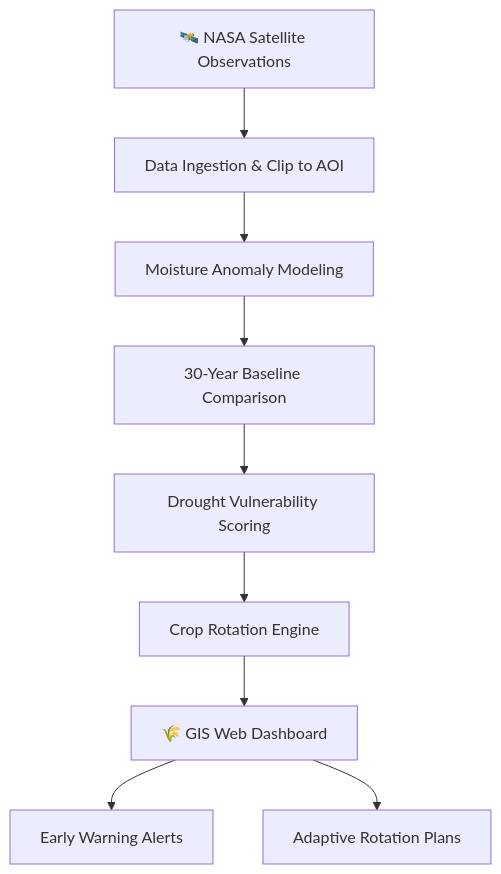
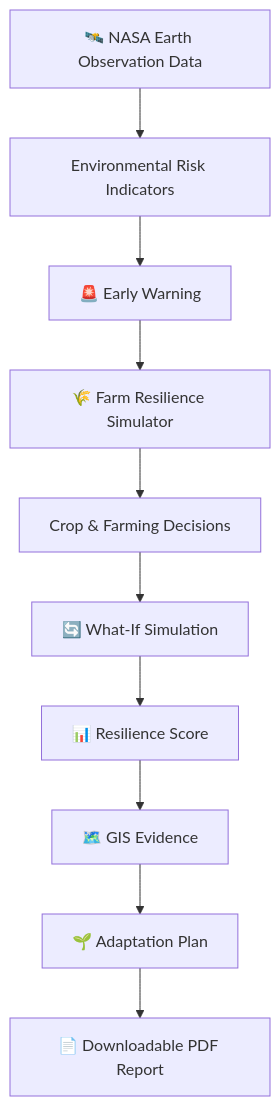
The diagram in README.md (hawarihCSE/VaporPath-Agri-Planner), drawn with Mermaid before and after one commit. The commit also changed other lines of this file, not shown here.

````diff
--- a/README.md
+++ b/README.md
@@ -65,11 +150,12 @@
-```mermaid
+``` mermaid
 graph TD
-    A[🛰️ NASA Satellite Observations] --> B[Data Ingestion & Clip to AOI]
-    B --> C[Moisture Anomaly Modeling]
-    C --> D[30-Year Baseline Comparison]
-    D --> E[Drought Vulnerability Scoring]
-    E --> F[Crop Rotation Engine]
-    F --> G[🌾 GIS Web Dashboard]
-    G --> H[Early Warning Alerts]
-    G --> I[Adaptive Rotation Plans]
+    A[🛰️ NASA Earth Observation Data] --> B[Environmental Risk Indicators]
+    B --> C[🚨 Early Warning]
+    C --> D[🌾 Farm Resilience Simulator]
+    D --> E[Crop & Farming Decisions]
+    E --> F[🔄 What-If Simulation]
+    F --> G[📊 Resilience Score]
+    G --> H[🗺️ GIS Evidence]
+    H --> I[🌱 Adaptation Plan]
+    I --> J[📄 Downloadable PDF Report]
 ```
````
